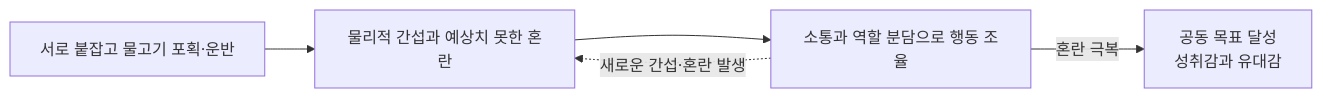
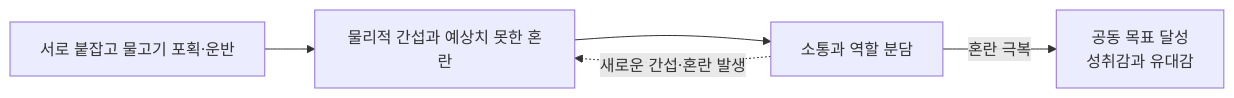
The first of 9 diagrams in src/4-wgo/기술문서.md (MountainHS/portfolio), drawn with Mermaid before and after one commit. The commit also changed other lines of this file, not shown here.

````diff
--- a/src/4-wgo/기술문서.md
+++ b/src/4-wgo/기술문서.md
@@ -60,7 +60,7 @@
 ```mermaid
 flowchart LR
     A["서로 붙잡고 물고기 포획·운반"] --> B["물리적 간섭과 예상치 못한 혼란"]
-    B --> C["소통과 역할 분담으로 행동 조율"]
+    B --> C["소통과 역할 분담"]
     C -.->|"새로운 간섭·혼란 발생"| B
     C -->|"혼란 극복"| D["공동 목표 달성<br/>성취감과 유대감"]
 ```
````
